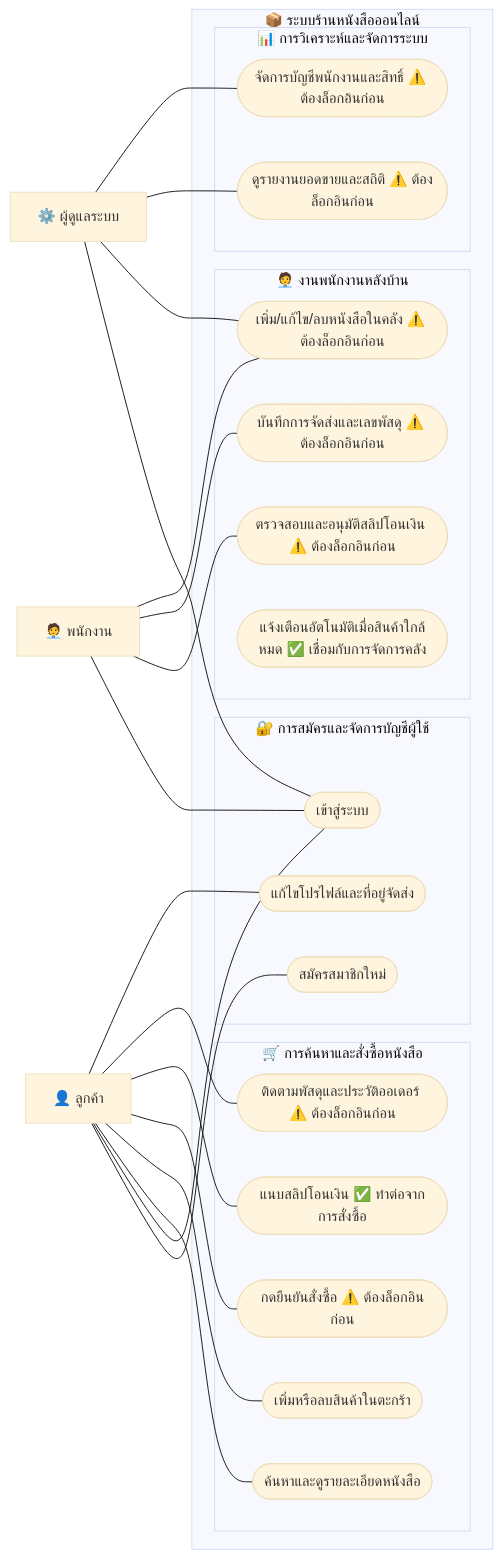
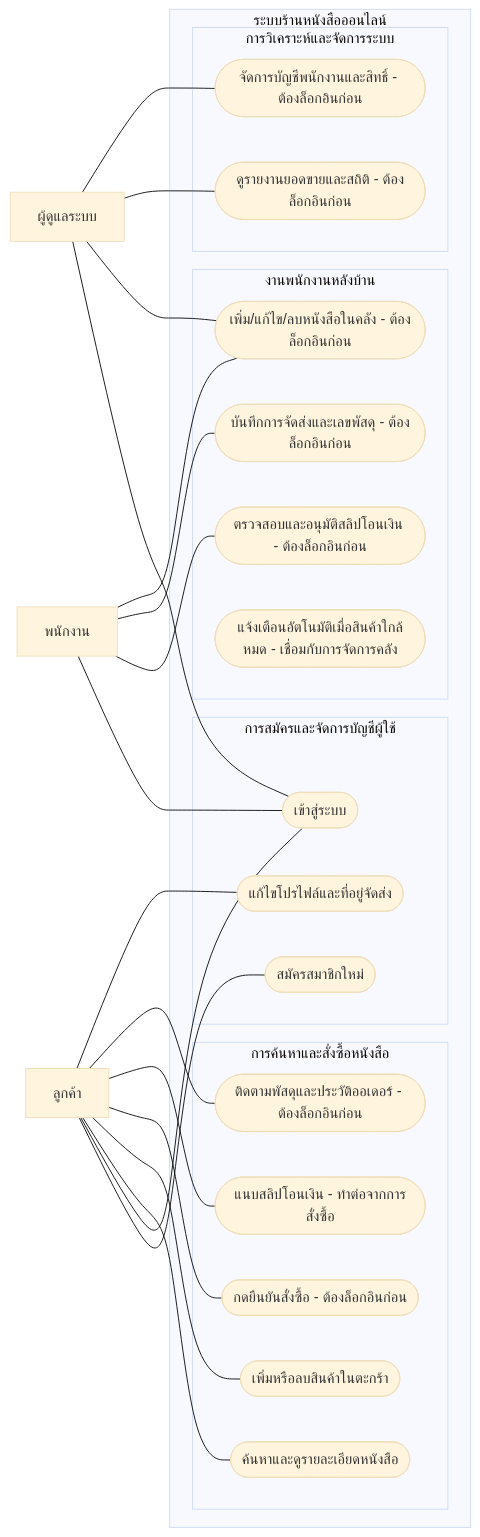
Before and after one commit to SupvichSpuGM/online-bookstore: the first of 11 diagrams in diagram/workshop4.md, drawn with Mermaid (base theme). The commit also changed other lines of this file and 1 other file, not shown here.

````diff
--- a/diagram/workshop4.md
+++ b/diagram/workshop4.md
@@ -45,51 +45,51 @@
 ```mermaid
 graph LR
-    Customer["👤 ลูกค้า"]
-    Staff["🧑‍💼 พนักงาน"]
-    Admin["⚙️ ผู้ดูแลระบบ"]
+  Customer["ลูกค้า"]
+  Staff["พนักงาน"]
+  Admin["ผู้ดูแลระบบ"]
 
-    subgraph System ["📦 ระบบร้านหนังสือออนไลน์"]
-        subgraph G1 ["🔐 การสมัครและจัดการบัญชีผู้ใช้"]
-            UC_Register(["สมัครสมาชิกใหม่"])
-            UC_Auth(["เข้าสู่ระบบ"])
-            UC_Profile(["แก้ไขโปรไฟล์และที่อยู่จัดส่ง"])
-        end
-        subgraph G2 ["🛒 การค้นหาและสั่งซื้อหนังสือ"]
-            UC_Search(["ค้นหาและดูรายละเอียดหนังสือ"])
-            UC_Cart(["เพิ่มหรือลบสินค้าในตะกร้า"])
-            UC_Checkout(["กดยืนยันสั่งซื้อ ⚠️ ต้องล็อกอินก่อน"])
-            UC_UploadSlip(["แนบสลิปโอนเงิน ✅ ทำต่อจากการสั่งซื้อ"])
-            UC_OrderHistory(["ติดตามพัสดุและประวัติออเดอร์ ⚠️ ต้องล็อกอินก่อน"])
-        end
-        subgraph G3 ["🧑‍💼 งานพนักงานหลังบ้าน"]
-            UC_VerifySlip(["ตรวจสอบและอนุมัติสลิปโอนเงิน ⚠️ ต้องล็อกอินก่อน"])
-            UC_ShipOrder(["บันทึกการจัดส่งและเลขพัสดุ ⚠️ ต้องล็อกอินก่อน"])
-            UC_ManageCatalog(["เพิ่ม/แก้ไข/ลบหนังสือในคลัง ⚠️ ต้องล็อกอินก่อน"])
-            UC_StockAlert(["แจ้งเตือนอัตโนมัติเมื่อสินค้าใกล้หมด ✅ เชื่อมกับการจัดการคลัง"])
-        end
-        subgraph G4 ["📊 การวิเคราะห์และจัดการระบบ"]
-            UC_Dashboard(["ดูรายงานยอดขายและสถิติ ⚠️ ต้องล็อกอินก่อน"])
-            UC_ManageUsers(["จัดการบัญชีพนักงานและสิทธิ์ ⚠️ ต้องล็อกอินก่อน"])
-        end
+  subgraph System ["ระบบร้านหนังสือออนไลน์"]
+    subgraph G1 ["การสมัครและจัดการบัญชีผู้ใช้"]
+      UC_Register(["สมัครสมาชิกใหม่"])
+      UC_Auth(["เข้าสู่ระบบ"])
+      UC_Profile(["แก้ไขโปรไฟล์และที่อยู่จัดส่ง"])
     end
+    subgraph G2 ["การค้นหาและสั่งซื้อหนังสือ"]
+      UC_Search(["ค้นหาและดูรายละเอียดหนังสือ"])
+      UC_Cart(["เพิ่มหรือลบสินค้าในตะกร้า"])
+      UC_Checkout(["กดยืนยันสั่งซื้อ - ต้องล็อกอินก่อน"])
+      UC_UploadSlip(["แนบสลิปโอนเงิน - ทำต่อจากการสั่งซื้อ"])
+      UC_OrderHistory(["ติดตามพัสดุและประวัติออเดอร์ - ต้องล็อกอินก่อน"])
+    end
+    subgraph G3 ["งานพนักงานหลังบ้าน"]
+      UC_VerifySlip(["ตรวจสอบและอนุมัติสลิปโอนเงิน - ต้องล็อกอินก่อน"])
+      UC_ShipOrder(["บันทึกการจัดส่งและเลขพัสดุ - ต้องล็อกอินก่อน"])
+      UC_ManageCatalog(["เพิ่ม/แก้ไข/ลบหนังสือในคลัง - ต้องล็อกอินก่อน"])
+      UC_StockAlert(["แจ้งเตือนอัตโนมัติเมื่อสินค้าใกล้หมด - เชื่อมกับการจัดการคลัง"])
+    end
+    subgraph G4 ["การวิเคราะห์และจัดการระบบ"]
+      UC_Dashboard(["ดูรายงานยอดขายและสถิติ - ต้องล็อกอินก่อน"])
+      UC_ManageUsers(["จัดการบัญชีพนักงานและสิทธิ์ - ต้องล็อกอินก่อน"])
+    end
+  end
 
-    Customer --- UC_Register
-    Customer --- UC_Auth
-    Customer --- UC_Search
-    Customer --- UC_Cart
-    Customer --- UC_Checkout
-    Customer --- UC_UploadSlip
-    Customer --- UC_OrderHistory
-    Customer --- UC_Profile
+  Customer --- UC_Register
+  Customer --- UC_Auth
+  Customer --- UC_Search
+  Customer --- UC_Cart
+  Customer --- UC_Checkout
+  Customer --- UC_UploadSlip
+  Customer --- UC_OrderHistory
+  Customer --- UC_Profile
 
-    Staff --- UC_Auth
-    Staff --- UC_VerifySlip
-    Staff --- UC_ShipOrder
-    Staff --- UC_ManageCatalog
+  Staff --- UC_Auth
+  Staff --- UC_VerifySlip
+  Staff --- UC_ShipOrder
+  Staff --- UC_ManageCatalog
 
-    Admin --- UC_Auth
-    Admin --- UC_ManageCatalog
-    Admin --- UC_Dashboard
-    Admin --- UC_ManageUsers
+  Admin --- UC_Auth
+  Admin --- UC_ManageCatalog
+  Admin --- UC_Dashboard
+  Admin --- UC_ManageUsers
 
 ```
````
